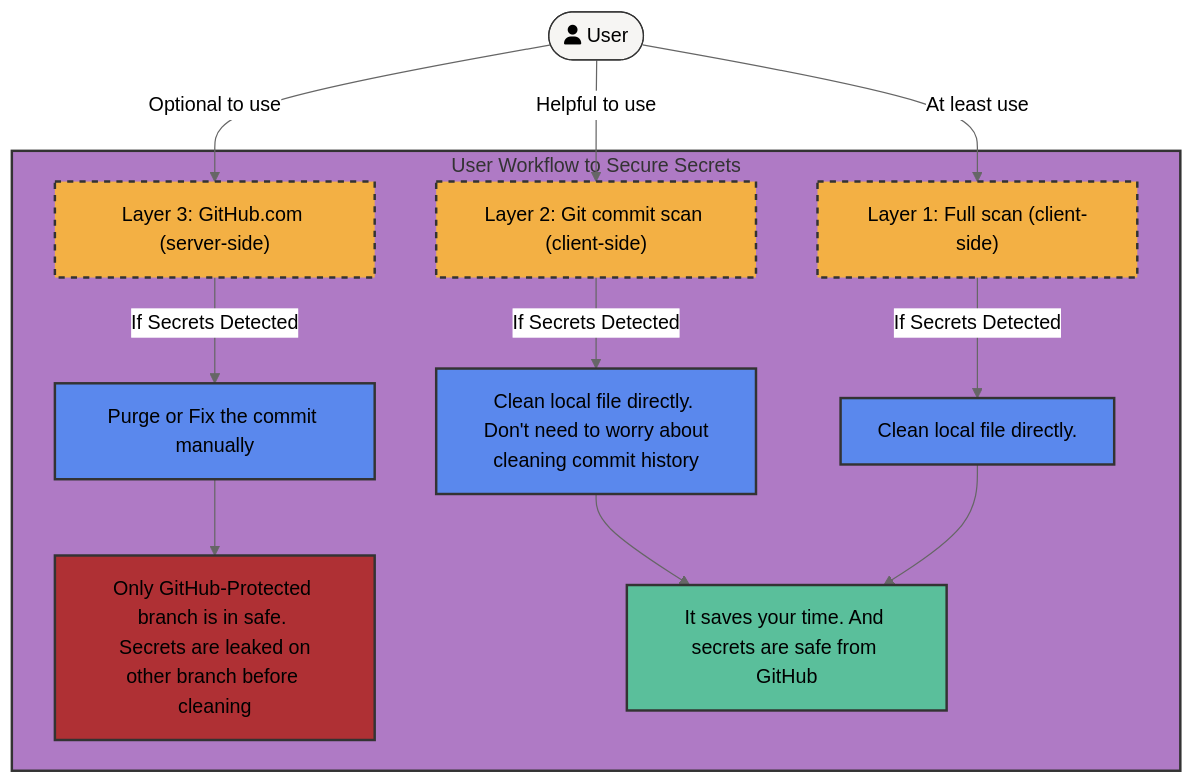
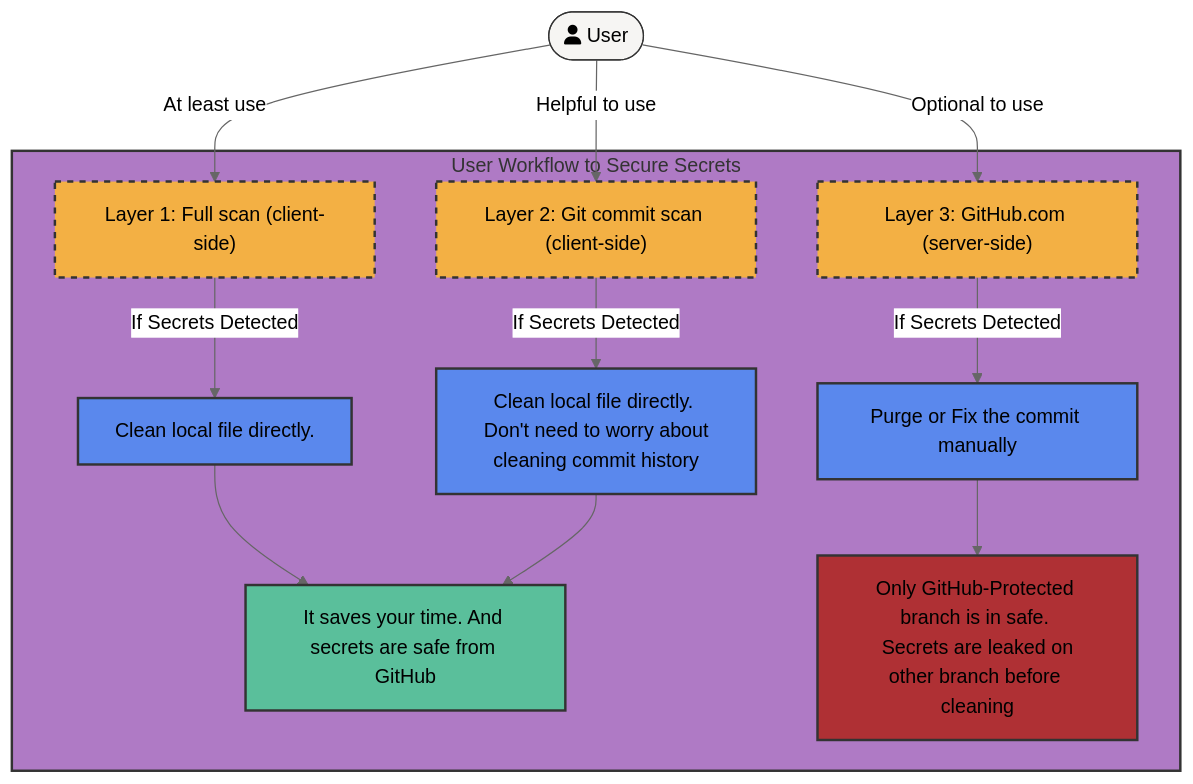
Before and after one commit to NASA-AMMOS/slim: the second of 6 diagrams in continuous-testing/starter-kits/README.md, drawn with Mermaid (neutral theme).

Commit message:
Reorder the graph to go from layer 1 in the left to layer 3 in the right
Solve this suggestion:
https://github.com/NASA-AMMOS/slim/pull/95#discussion_r1212447090

````diff
--- a/continuous-testing/starter-kits/README.md
+++ b/continuous-testing/starter-kits/README.md
@@ -39,36 +39,37 @@
 ```mermaid
 flowchart TB
   User([fa:fa-user User])
 
   subgraph UserWorkflow["User Workflow to Secure Secrets"]
     Layer1["Layer 1: Full scan (client-side)"]
     Layer2["Layer 2: Git commit scan (client-side)"]
     Layer3["Layer 3: GitHub.com (server-side)"]
 
-    Layer1 -->|If Secrets Detected| Clean3[Clean local file directly.]
+    Layer1 -->|If Secrets Detected| Clean1[Clean local file directly.]
     Layer2 -->|If Secrets Detected| Clean2[Clean local file directly. <br> Don't need to worry about cleaning commit history]
-    Layer3 -->|If Secrets Detected| Clean1[Purge or Fix the commit manually]
+    Layer3 -->|If Secrets Detected| Clean3[Purge or Fix the commit manually]
+    
+    SaveTime["It saves your time. And secrets are safe from GitHub"]
+    Clean1 --> SaveTime
+    Clean2 --> SaveTime
 
     Secure["Only GitHub-Protected branch is in safe. <br> Secrets are leaked on other branch before cleaning"]
-    Clean1 --> Secure
-    
-    SaveTime["It saves your time. And secrets are safe from GitHub"]
-    Clean2 --> SaveTime
-    Clean3 --> SaveTime
+    Clean3--> Secure
   end
 
   User -->|At least use| Layer1
   User -->|Helpful to use| Layer2
   User -->|Optional to use| Layer3
 
-  style User fill:#F6F5F3,stroke:#333,stroke-width:1px
+    style User fill:#F6F5F3,stroke:#333,stroke-width:1px
   style UserWorkflow fill:#AF7AC5,stroke:#333,stroke-width:2px
   style Layer1 fill:#F3B044,stroke:#333,stroke-width:2px,stroke-dasharray: 5 5
   style Layer2 fill:#F3B044,stroke:#333,stroke-width:2px,stroke-dasharray: 5 5
   style Layer3 fill:#F3B044,stroke:#333,stroke-width:2px,stroke-dasharray: 5 5
   style Clean1 fill:#5A88ED,stroke:#333,stroke-width:2px
   style Clean2 fill:#5A88ED,stroke:#333,stroke-width:2px
   style Clean3 fill:#5A88ED,stroke:#333,stroke-width:2px
   style SaveTime fill:#5ABF9B,stroke:#333,stroke-width:2px
   style Secure fill:#AF3034,stroke:#333,stroke-width:2px
+
 ```
````
